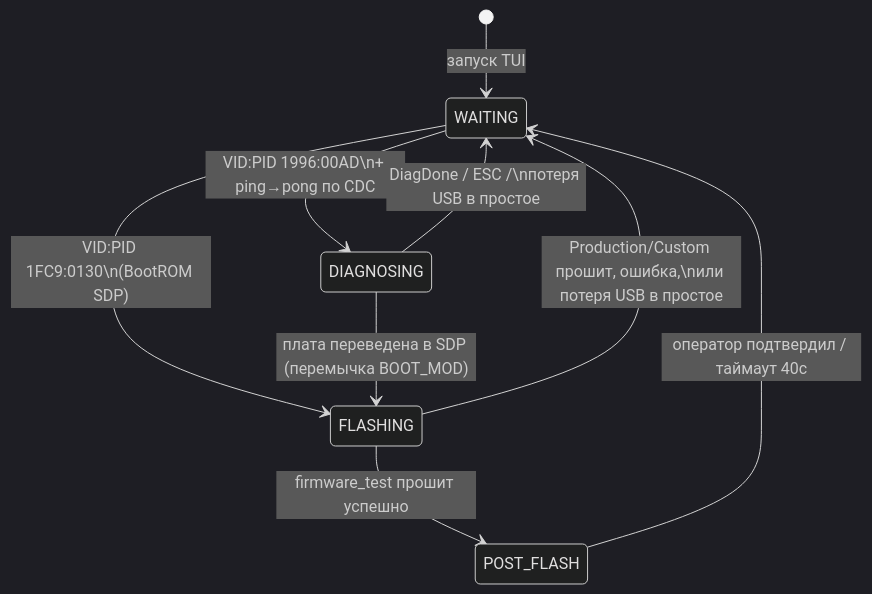
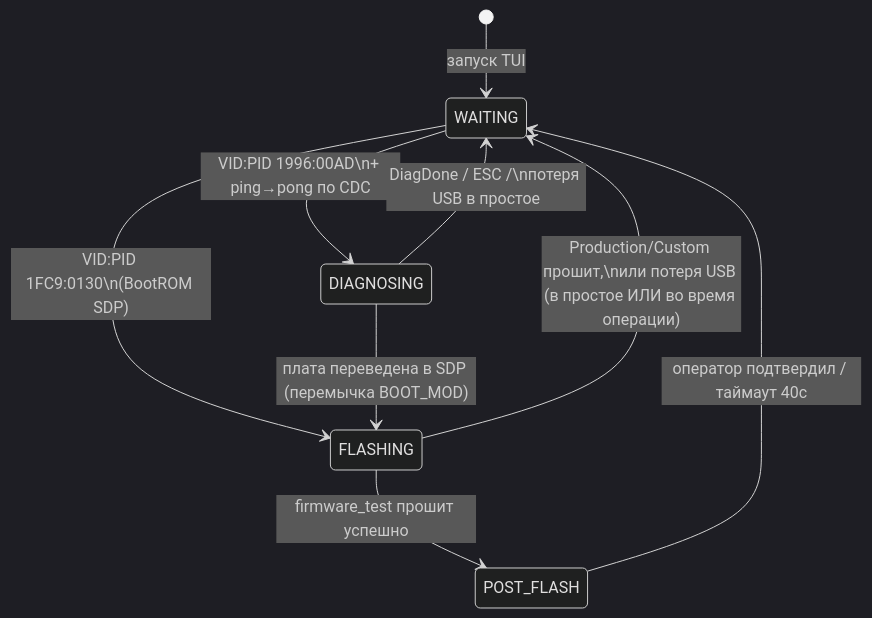
The second of 5 diagrams in tools/production/docs/DEV_ARCH.md (OSabuser/tft_manufacture_test), drawn with Mermaid (dark theme) before and after one commit. The commit also changed other lines of this file and 10 other files, not shown here.

````diff
--- a/tools/production/docs/DEV_ARCH.md
+++ b/tools/production/docs/DEV_ARCH.md
@@ -98,15 +100,15 @@
 ```mermaid
 stateDiagram-v2
     [*] --> WAITING : запуск TUI
 
     WAITING --> FLASHING   : VID:PID 1FC9:0130\n(BootROM SDP)
     WAITING --> DIAGNOSING : VID:PID 1996:00AD\n+ ping→pong по CDC
 
     FLASHING --> POST_FLASH : firmware_test прошит успешно
-    FLASHING --> WAITING    : Production/Custom прошит, ошибка,\nили потеря USB в простое
+    FLASHING --> WAITING    : Production/Custom прошит,\nили потеря USB (в простое ИЛИ во время операции)
 
     POST_FLASH --> WAITING : оператор подтвердил / таймаут 40с
 
     DIAGNOSING --> WAITING : DiagDone / ESC /\nпотеря USB в простое
     DIAGNOSING --> FLASHING: плата переведена в SDP (перемычка BOOT_MOD)
 ```
````
